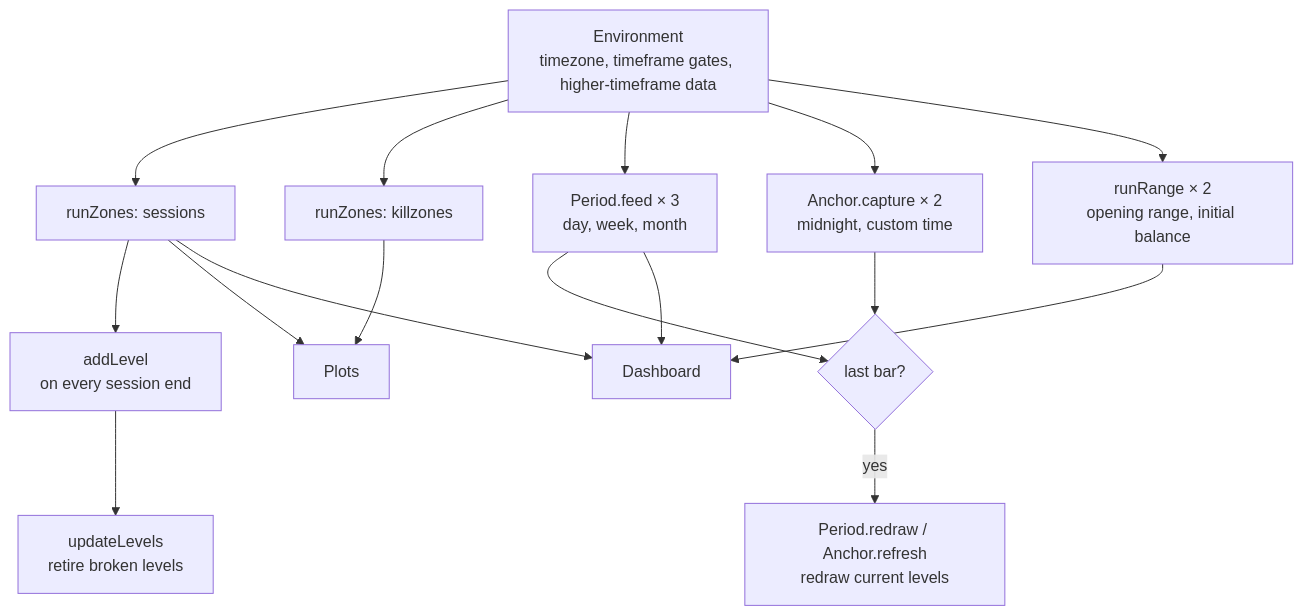
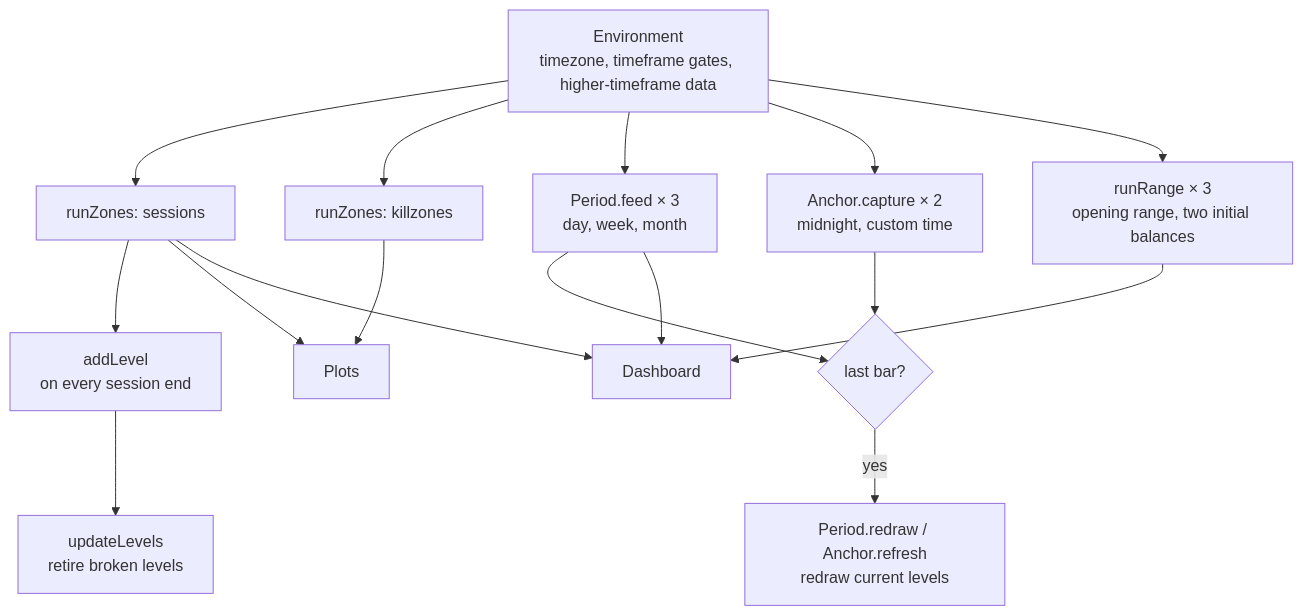
The diagram in docs/ARCHITECTURE.md (DmytroPalahin/sessions-indicator), drawn with Mermaid before and after one commit. The commit also changed other lines of this file and 9 other files, not shown here.

First line of the commit message:
✨ feat(range): two initial balance rows, Frankfurt and New York

````diff
--- a/docs/ARCHITECTURE.md
+++ b/docs/ARCHITECTURE.md
@@ -39,18 +39,18 @@
 ```mermaid
 flowchart TD
     A[Environment<br/>timezone, timeframe gates, higher-timeframe data] --> B[runZones: sessions]
     A --> C[runZones: killzones]
     B --> D[addLevel<br/>on every session end]
     D --> E[updateLevels<br/>retire broken levels]
     A --> F[Period.feed × 3<br/>day, week, month]
     A --> G[Anchor.capture × 2<br/>midnight, custom time]
-    A --> H[runRange × 2<br/>opening range, initial balance]
+    A --> H[runRange × 3<br/>opening range, two initial balances]
     F --> J{last bar?}
     G --> J
     J -- yes --> K[Period.redraw / Anchor.refresh<br/>redraw current levels]
     B --> L[Plots]
     C --> L
     B --> M[Dashboard]
     F --> M
     H --> M
 ```
````
